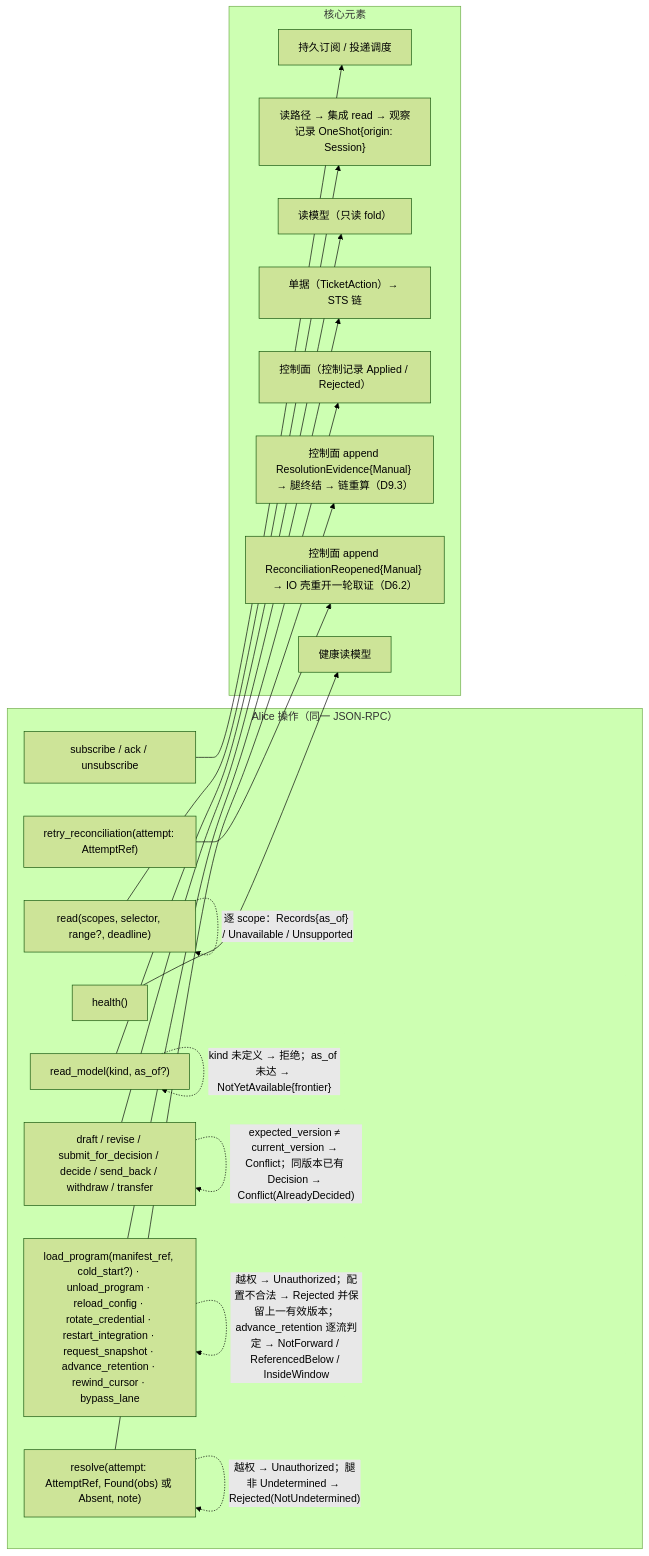
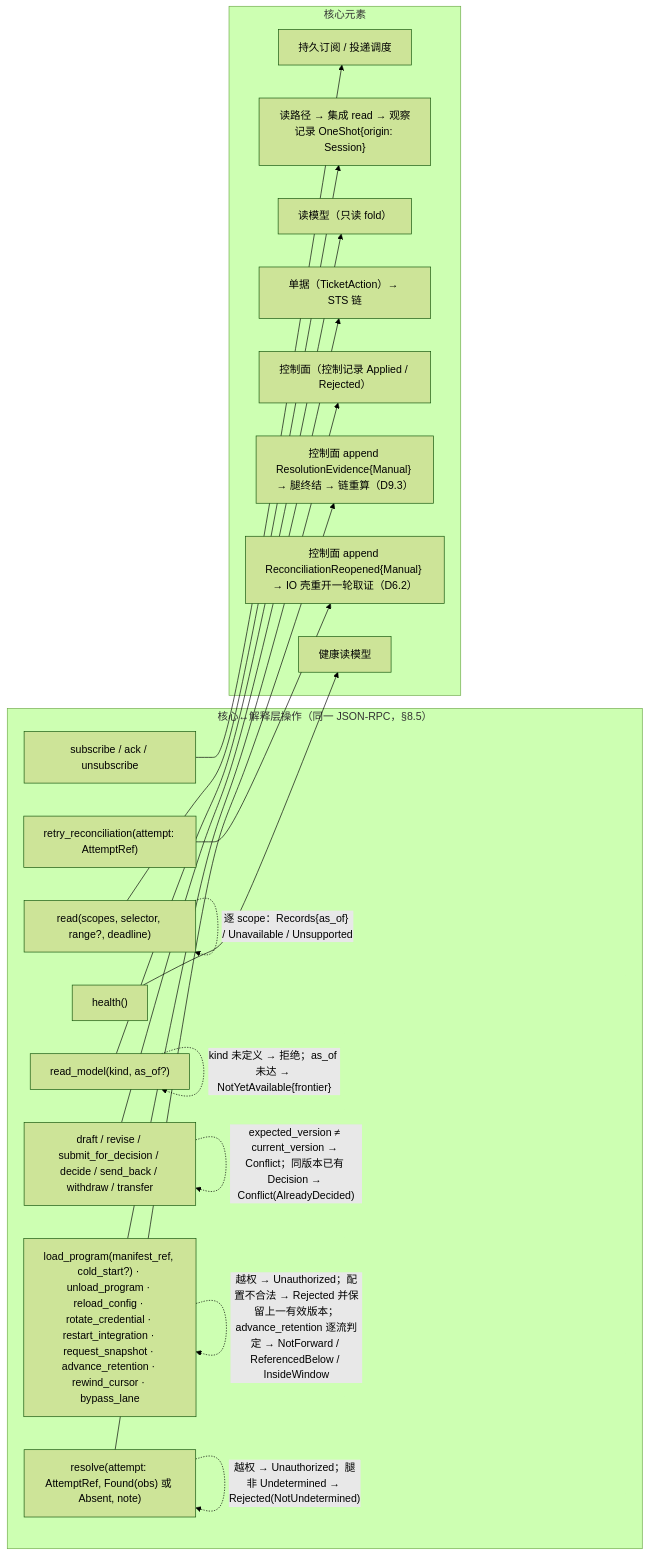
The second of 4 diagrams in design/diagrams/09-alice-session.md (mouriya-s-lab/uta), drawn with Mermaid (forest theme) before and after one commit. The commit also changed other lines of this file and 17 other files, not shown here.

````diff
--- a/design/diagrams/09-alice-session.md
+++ b/design/diagrams/09-alice-session.md
@@ -45,36 +51,36 @@
 ```mermaid
 flowchart LR
-  subgraph OPS["Alice 操作（同一 JSON-RPC）"]
+  subgraph OPS["核心↔解释层操作（同一 JSON-RPC，§8.5）"]
     S1["subscribe / ack / unsubscribe"]
     S2["read(scopes, selector, range?, deadline)"]
     S3["read_model(kind, as_of?)"]
     S4["draft / revise / submit_for_decision / decide / send_back / withdraw / transfer"]
     S5["load_program(manifest_ref, cold_start?) · unload_program · reload_config · rotate_credential · restart_integration · request_snapshot · advance_retention · rewind_cursor · bypass_lane"]
     S6["resolve(attempt: AttemptRef, Found(obs) 或 Absent, note)"]
     S6b["retry_reconciliation(attempt: AttemptRef)"]
     S7["health()"]
   end
   subgraph EL["核心元素"]
     SUB["持久订阅 / 投递调度"]
     RDP["读路径 → 集成 read → 观察记录 OneShot{origin: Session}"]
     RM["读模型（只读 fold）"]
     TK["单据（TicketAction）→ STS 链"]
     CTL["控制面（控制记录 Applied / Rejected）"]
     IOR["控制面 append ResolutionEvidence{Manual} → 腿终结 → 链重算（D9.3）"]
     RRO["控制面 append ReconciliationReopened{Manual} → IO 壳重开一轮取证（D6.2）"]
     HL["健康读模型"]
   end
   S1 --> SUB
   S2 --> RDP
   S3 --> RM
   S4 --> TK
   S5 --> CTL
   S6 --> IOR
   S6b --> RRO
   S7 --> HL
   S2 -.->|"逐 scope：Records{as_of} / Unavailable / Unsupported"| S2
   S3 -.->|"kind 未定义 → 拒绝；as_of 未达 → NotYetAvailable{frontier}"| S3
   S4 -.->|"expected_version ≠ current_version → Conflict；同版本已有 Decision → Conflict(AlreadyDecided)"| S4
   S5 -.->|"越权 → Unauthorized；配置不合法 → Rejected 并保留上一有效版本；advance_retention 逐流判定 → NotForward / ReferencedBelow / InsideWindow"| S5
   S6 -.->|"越权 → Unauthorized；腿非 Undetermined → Rejected(NotUndetermined)"| S6
 ```
````
